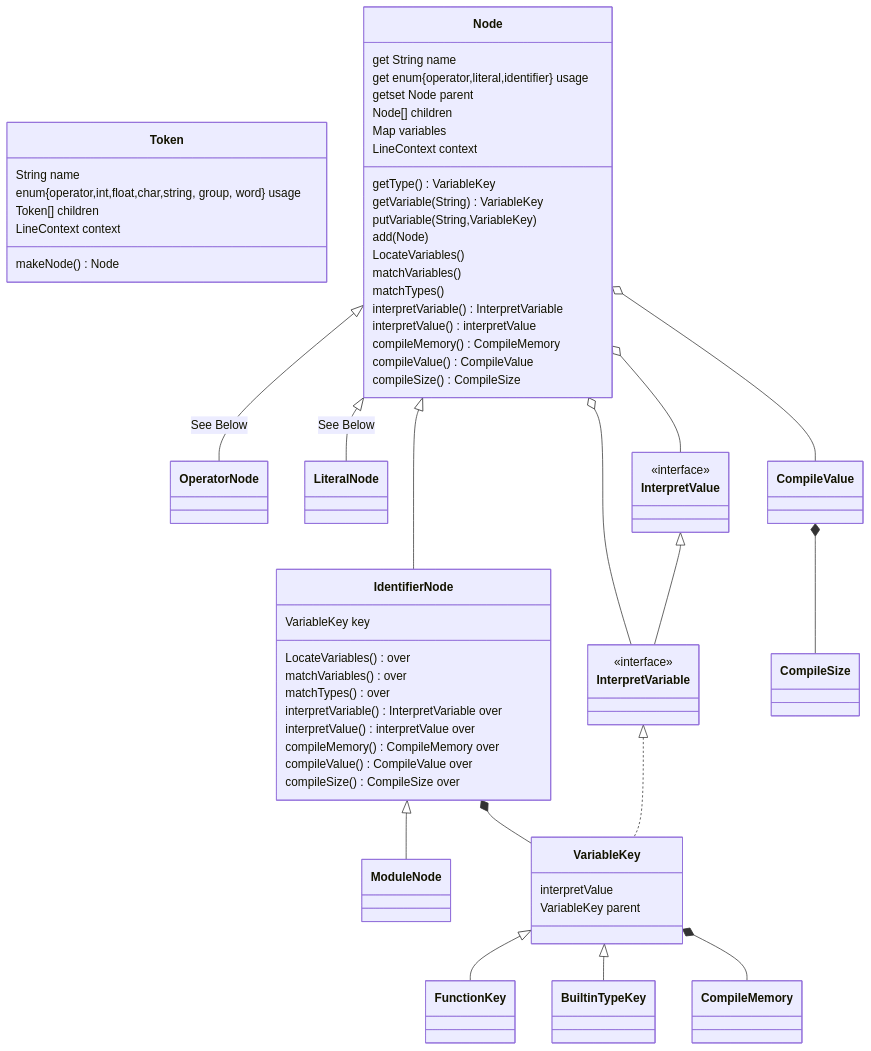
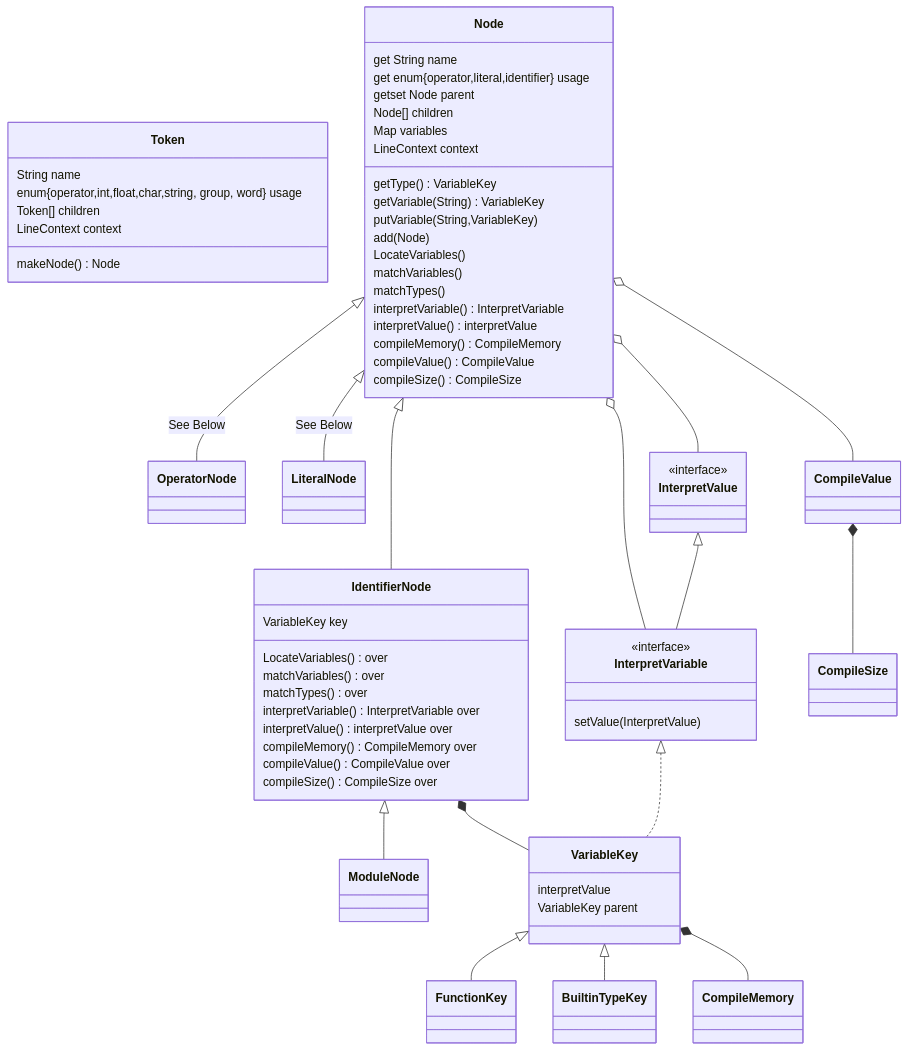
Before and after one commit to Jzhyang1/Monomer: the first of 4 diagrams in Implementation.md, drawn with Mermaid. The commit also changed other lines of this file, not shown here.

````diff
--- a/Implementation.md
+++ b/Implementation.md
@@ -59,60 +59,61 @@
 ```mermaid
 classDiagram
 class Token
 
 Node <|-- OperatorNode: See Below
 Node <|-- LiteralNode: See Below
 Node <|-- IdentifierNode
 Node o-- InterpretVariable
 Node o-- InterpretValue
 IdentifierNode <|-- ModuleNode
 IdentifierNode *-- VariableKey
 VariableKey <|-- FunctionKey
 VariableKey <|-- BuiltinTypeKey
 VariableKey *-- CompileMemory
 InterpretValue <|-- InterpretVariable
 InterpretVariable <|.. VariableKey
 CompileValue *-- CompileSize
 Node o-- CompileValue
 
 Token: String name
 Token: enum{operator,int,float,char,string, group, word} usage
 Token: Token[] children
 Token: LineContext context
 Token: makeNode() Node
 
 Node: get String name
 Node: get enum{operator,literal,identifier} usage
 Node: getset Node parent
 Node: Node[] children
 Node: Map<String, VariableKey> variables
 Node: LineContext context
 Node: getType() VariableKey
 Node: getVariable(String) VariableKey
 Node: putVariable(String,VariableKey)
 Node: add(Node)
 Node: LocateVariables()
 Node: matchVariables()
 Node: matchTypes()
 Node: interpretVariable() InterpretVariable
 Node: interpretValue() interpretValue
 Node: compileMemory() CompileMemory
 Node: compileValue() CompileValue
 Node: compileSize() CompileSize
 
 IdentifierNode: VariableKey key
 IdentifierNode: LocateVariables() over
 IdentifierNode: matchVariables() over
 IdentifierNode: matchTypes() over
 IdentifierNode: interpretVariable() InterpretVariable over
 IdentifierNode: interpretValue() interpretValue over
 IdentifierNode: compileMemory() CompileMemory over
 IdentifierNode: compileValue() CompileValue over
 IdentifierNode: compileSize() CompileSize over
 
 <<interface>> InterpretValue
 <<interface>> InterpretVariable
+InterpretVariable: setValue(InterpretValue)
 
 VariableKey: interpretValue
 VariableKey: VariableKey parent
 ```
````
